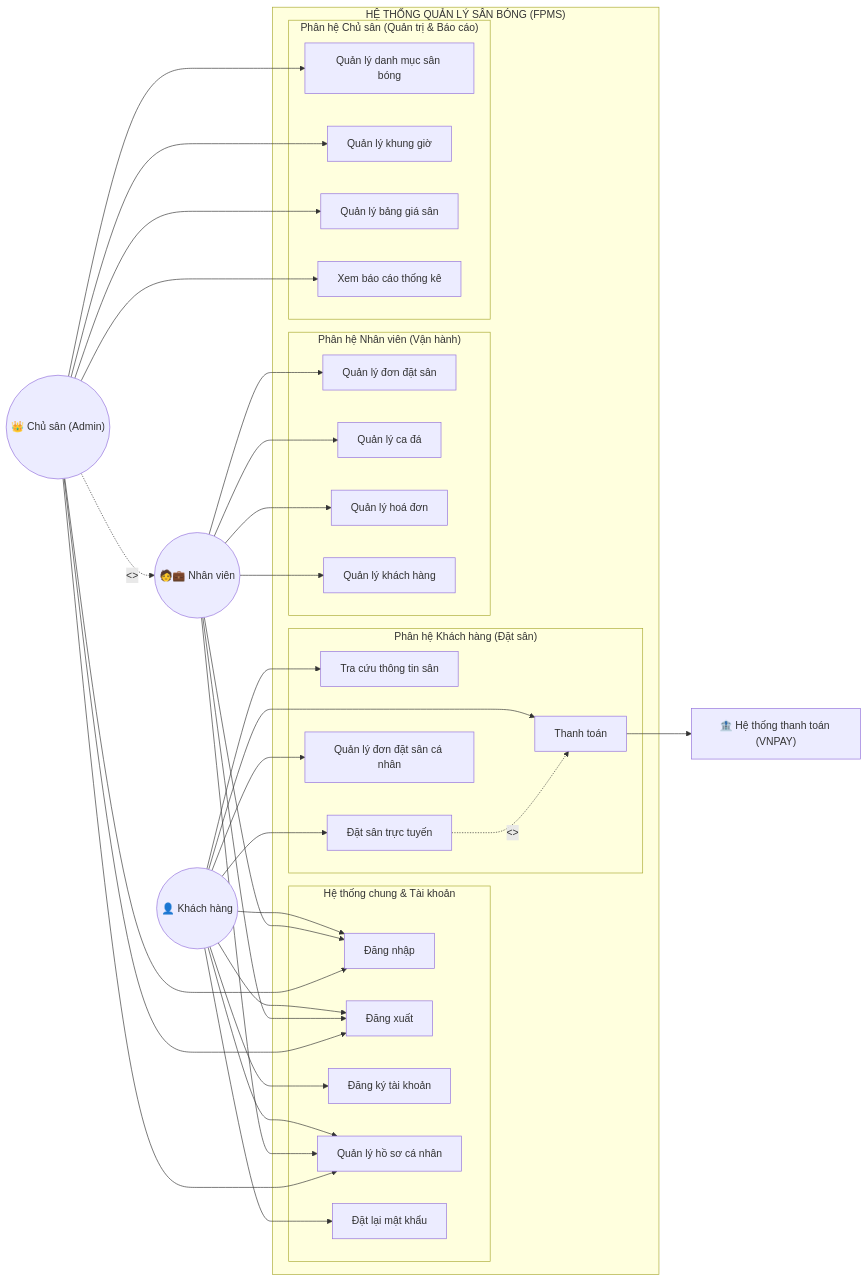
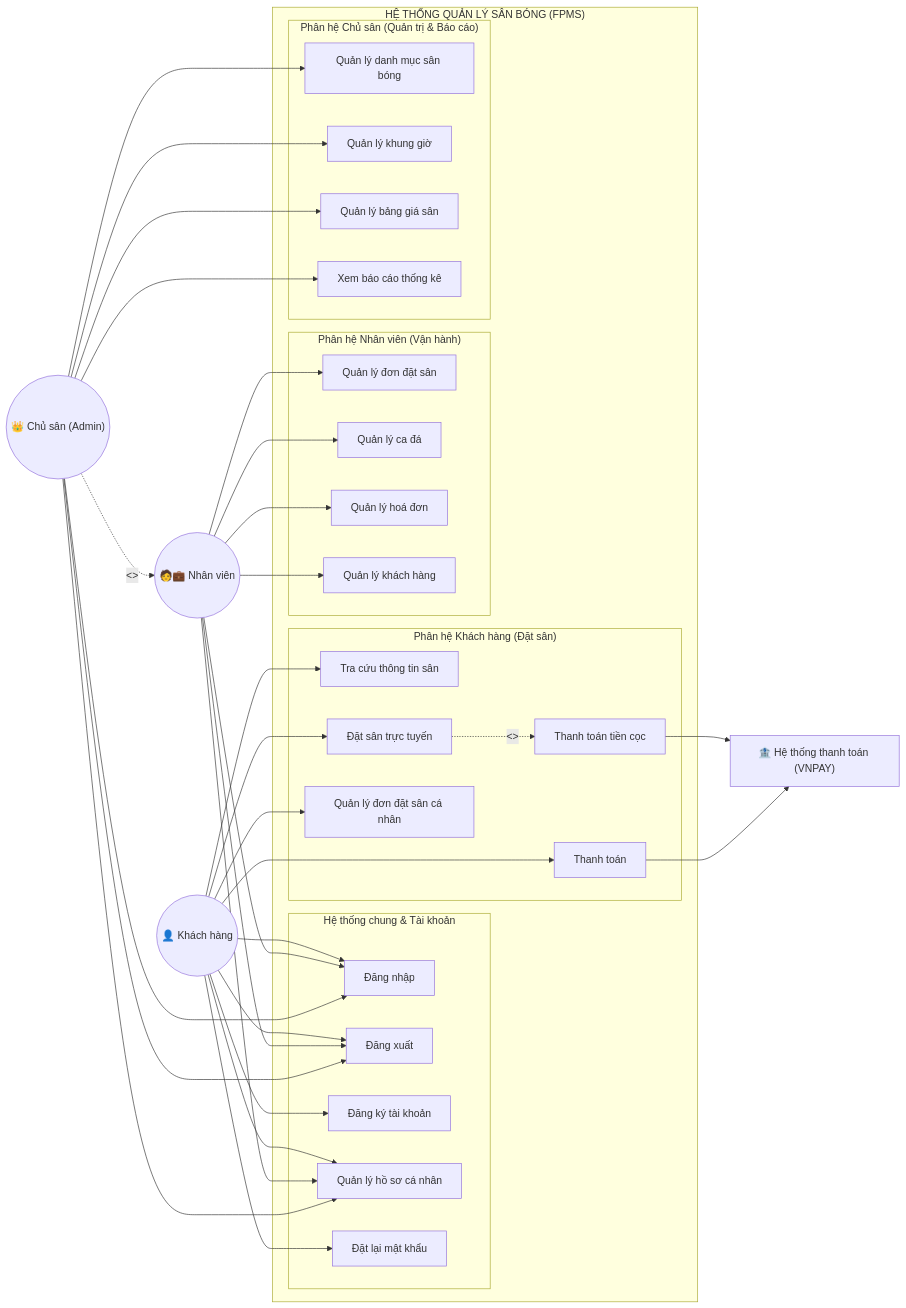
Before and after one commit to ngkhson/football-pitch-management-system: the first of 18 diagrams in docs/CHIEU_CHUAN_CHUONG_3_YEU_CAU_CHUC_NANG_FPMS.md, drawn with Mermaid. The commit also changed other lines of this file and 1 other file, not shown here.

````diff
--- a/docs/CHIEU_CHUAN_CHUONG_3_YEU_CAU_CHUC_NANG_FPMS.md
+++ b/docs/CHIEU_CHUAN_CHUONG_3_YEU_CAU_CHUC_NANG_FPMS.md
@@ -41,70 +42,72 @@
 ```mermaid
 graph LR
     Customer(("👤 Khách hàng"))
     Staff(("🧑💼 Nhân viên"))
     Owner(("👑 Chủ sân (Admin)"))
     PaymentGateway["🏦 Hệ thống thanh toán (VNPAY)"]
 
     subgraph FPMS["HỆ THỐNG QUẢN LÝ SÂN BÓNG (FPMS)"]
         subgraph Sub_Auth["Hệ thống chung & Tài khoản"]
             UC_Login["Đăng nhập"]
             UC_Logout["Đăng xuất"]
             UC_Register["Đăng ký tài khoản"]
             UC_Profile["Quản lý hồ sơ cá nhân"]
             UC_ForgotPass["Đặt lại mật khẩu"]
         end
 
         subgraph Sub_Customer["Phân hệ Khách hàng (Đặt sân)"]
             UC_Search["Tra cứu thông tin sân"]
             UC_Book["Đặt sân trực tuyến"]
+            UC_Deposit["Thanh toán tiền cọc"]
             UC_Payment["Thanh toán"]
             UC_MyBooking["Quản lý đơn đặt sân cá nhân"]
         end
 
         subgraph Sub_Staff["Phân hệ Nhân viên (Vận hành)"]
             UC_StaffBooking["Quản lý đơn đặt sân"]
             UC_Match["Quản lý ca đá"]
             UC_Invoice["Quản lý hoá đơn"]
             UC_ManageCustomer["Quản lý khách hàng"]
         end
 
         subgraph Sub_Owner["Phân hệ Chủ sân (Quản trị & Báo cáo)"]
             UC_Pitch["Quản lý danh mục sân bóng"]
             UC_TimeSlot["Quản lý khung giờ"]
             UC_Pricing["Quản lý bảng giá sân"]
             UC_Reports["Xem báo cáo thống kê"]
         end
     end
 
     %% Customer
     Customer --> UC_Login
     Customer --> UC_Logout
     Customer --> UC_Register
     Customer --> UC_Profile
     Customer --> UC_ForgotPass
     Customer --> UC_Search
     Customer --> UC_Book
     Customer --> UC_MyBooking
     Customer --> UC_Payment
-    UC_Book -.->|<<include>>| UC_Payment
+    UC_Book -.->|<<include>>| UC_Deposit
+    UC_Deposit --> PaymentGateway
     UC_Payment --> PaymentGateway
 
     %% Staff
     Staff --> UC_Login
     Staff --> UC_Logout
     Staff --> UC_Profile
     Staff --> UC_StaffBooking
     Staff --> UC_Match
     Staff --> UC_Invoice
     Staff --> UC_ManageCustomer
 
     %% Owner
     Owner --> UC_Login
     Owner --> UC_Logout
     Owner --> UC_Profile
     Owner --> UC_Pitch
     Owner --> UC_TimeSlot
     Owner --> UC_Pricing
     Owner --> UC_Reports
     Owner -.->|<<kế thừa quyền>>| Staff
 ```
````
